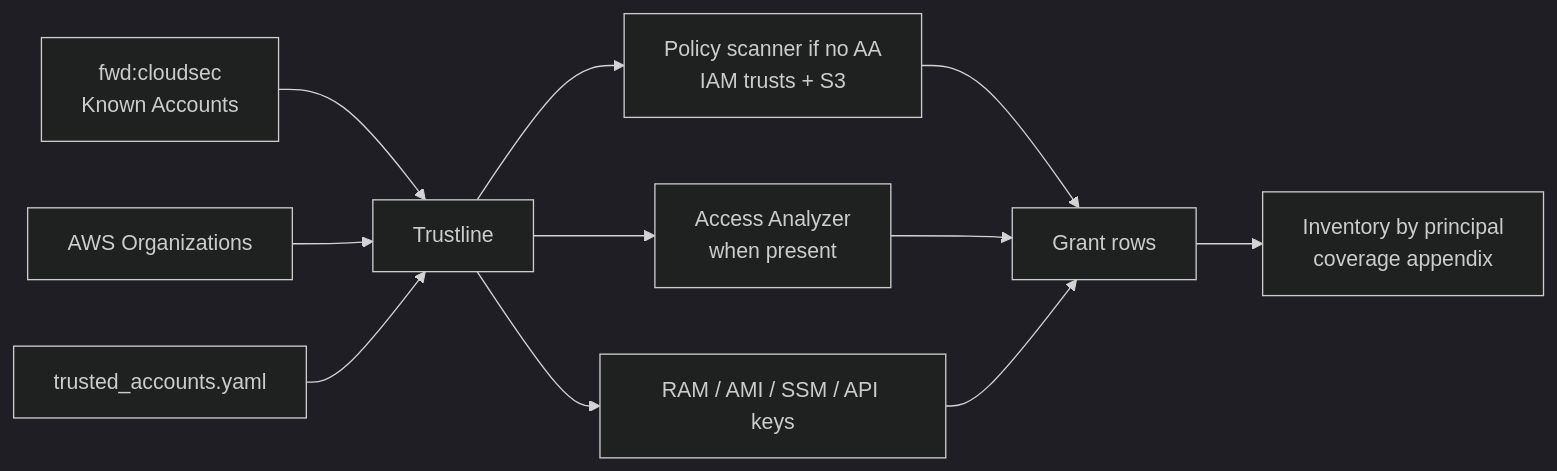
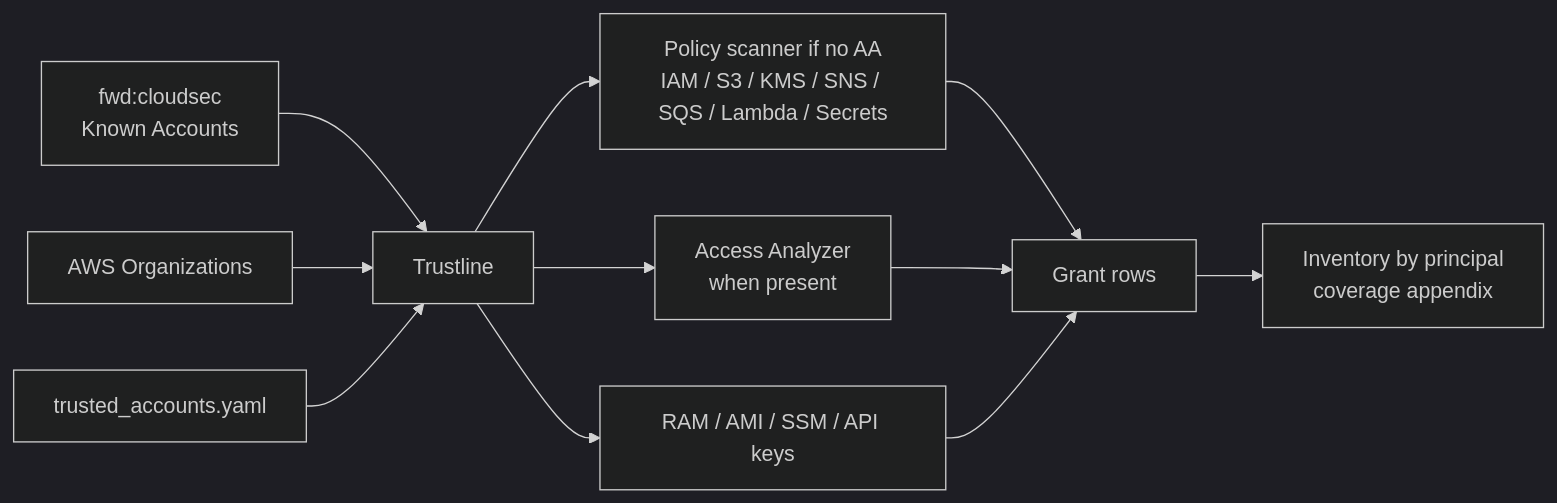
The diagram in README.md (zoph-io/aws-trustline), drawn with Mermaid (dark theme) before and after one commit. The commit also changed other lines of this file and 4 other files, not shown here.

First line of the commit message:
feat: walk KMS/SNS/SQS/Lambda/Secrets policies and count parties

````diff
--- a/README.md
+++ b/README.md
@@ -94,13 +93,13 @@
 ```mermaid
 flowchart LR
     A["fwd:cloudsec<br/>Known Accounts"] --> D[Trustline]
     B[AWS Organizations] --> D
     C[trusted_accounts.yaml] --> D
-    D --> P["Policy scanner if no AA<br/>IAM trusts + S3"]
+    D --> P["Policy scanner if no AA<br/>IAM / S3 / KMS / SNS / SQS / Lambda / Secrets"]
     D --> AA["Access Analyzer<br/>when present"]
     D --> X["RAM / AMI / SSM / API keys"]
     P --> G["Grant rows"]
     AA --> G
     X --> G
     G --> R["Inventory by principal<br/>coverage appendix"]
 ```
````
